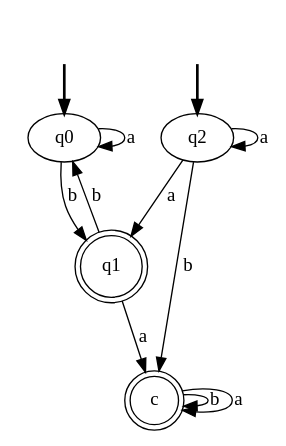
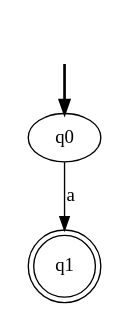
The diagram in input.dot (madjique/Les-automates), drawn with Graphviz before and after one commit. The commit also changed 2 other files, not shown here.

```diff
--- a/input.dot
+++ b/input.dot
@@ -1,19 +1,7 @@
 digraph {
 	fake0 [style=invisible]
-	fake1 [style=invisible]
 	q1 [shape=doublecircle]
-	c [shape=doublecircle]
-	q2 [root=true]
 	q0 [root=true]
-	fake1 -> q2 [style=bold]
 	fake0 -> q0 [style=bold]
-	q1 -> q0 [label=b]
-	q0 -> q0 [label=a]
-	q0 -> q1 [label=b]
-	q2 -> q2 [label=a]
-	q2 -> q1 [label=a]
-	c -> c [label=b]
-	c -> c [label=a]
-	q1 -> c [label=a]
-	q2 -> c [label=b]
+	q0 -> q1 [label=a]
 }
```
